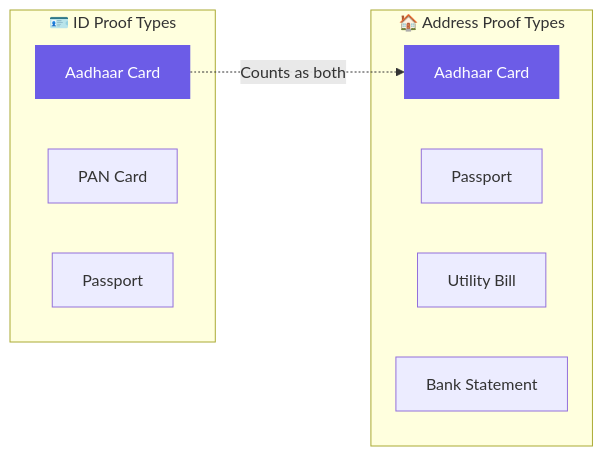
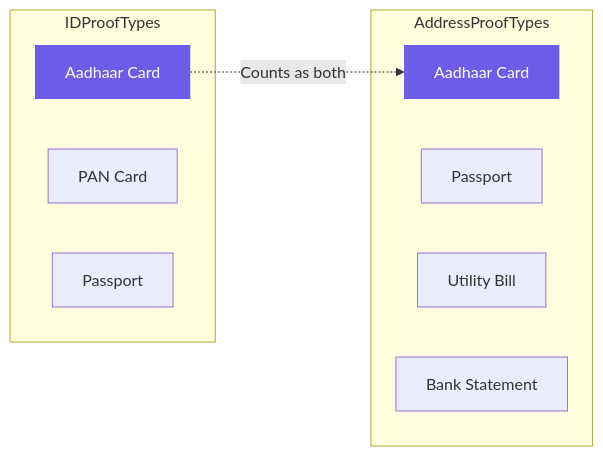
Before and after one commit to Sakshisingh-BV/Intellicheck-Docs: the tenth of 18 diagrams in ARCHITECTURE.md, drawn with Mermaid. The commit also changed other lines of this file, not shown here.

Commit message:
ARCHITECTURE.md fix

````diff
--- a/ARCHITECTURE.md
+++ b/ARCHITECTURE.md
@@ -514,20 +514,20 @@
 ```mermaid
 graph LR
-    subgraph "🪪 ID Proof Types"
+    subgraph IDProofTypes
         I1["Aadhaar Card"]
         I2["PAN Card"]
         I3["Passport"]
     end
 
-    subgraph "🏠 Address Proof Types"
+    subgraph AddressProofTypes
         A1["Aadhaar Card"]
         A2["Passport"]
         A3["Utility Bill"]
         A4["Bank Statement"]
     end
 
     I1 -.->|"Counts as both"| A1
 
     style I1 fill:#6c5ce7,color:#fff,stroke:none
     style A1 fill:#6c5ce7,color:#fff,stroke:none
 ```
````
